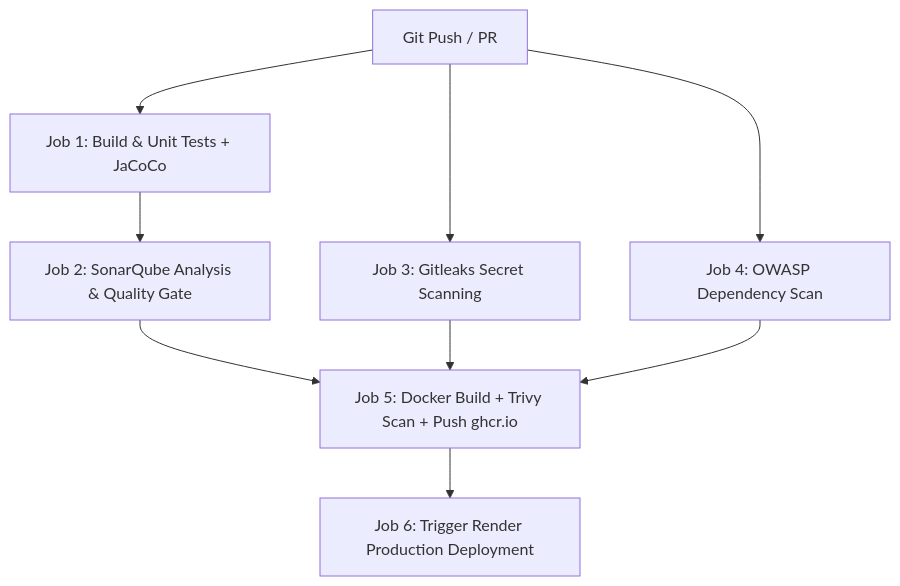
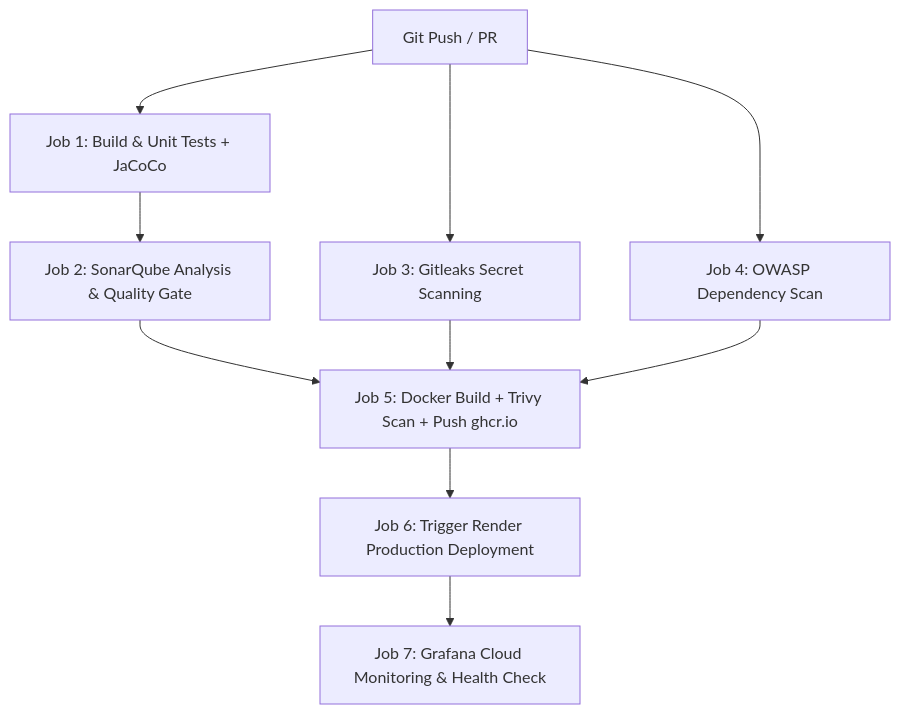
Before and after one commit to mohamedazizsaid/9antra_the-Bridge_Backend: the diagram in CICD_SECRETS_AND_SETUP_GUIDE.md, drawn with Mermaid. The commit also changed other lines of this file and 1 other file, not shown here.

````diff
--- a/CICD_SECRETS_AND_SETUP_GUIDE.md
+++ b/CICD_SECRETS_AND_SETUP_GUIDE.md
@@ -146,11 +166,12 @@
 ```mermaid
 graph TD
     A[Git Push / PR] --> B[Job 1: Build & Unit Tests + JaCoCo]
     B --> C[Job 2: SonarQube Analysis & Quality Gate]
     A --> D[Job 3: Gitleaks Secret Scanning]
     A --> E[Job 4: OWASP Dependency Scan]
     C --> F[Job 5: Docker Build + Trivy Scan + Push ghcr.io]
     D --> F
     E --> F
     F --> G[Job 6: Trigger Render Production Deployment]
+    G --> H[Job 7: Grafana Cloud Monitoring & Health Check]
 ```
````
